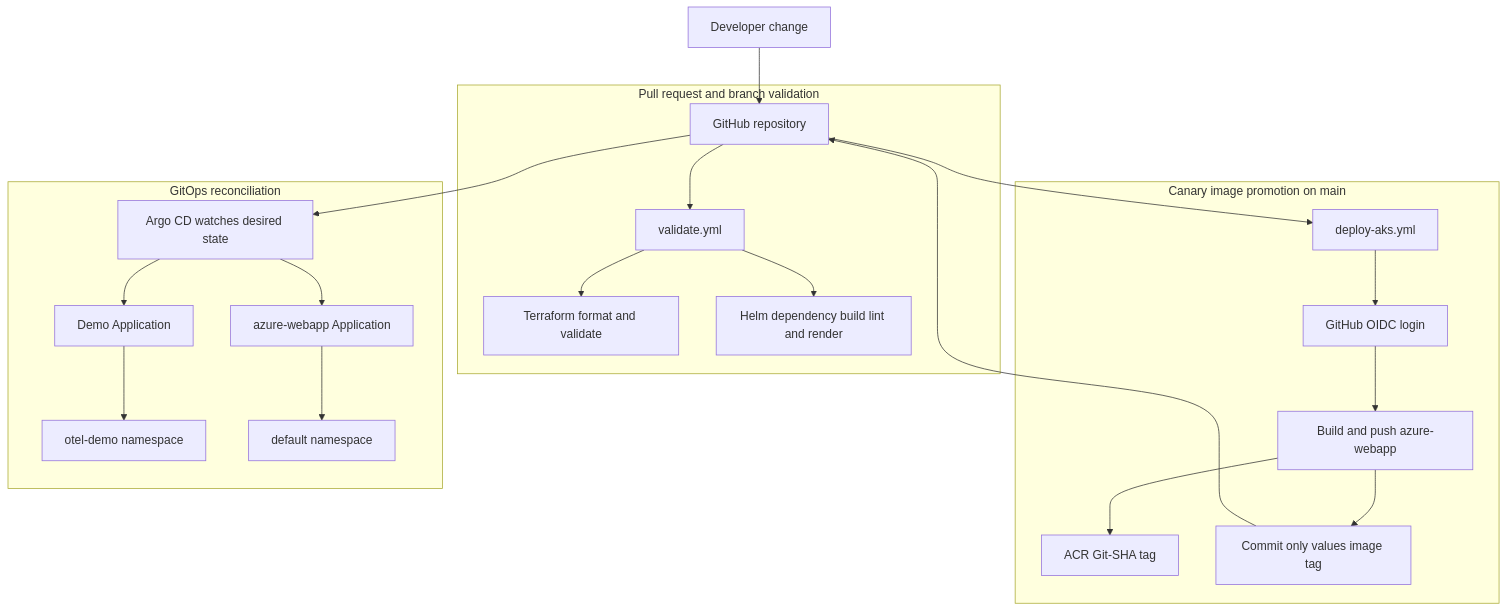
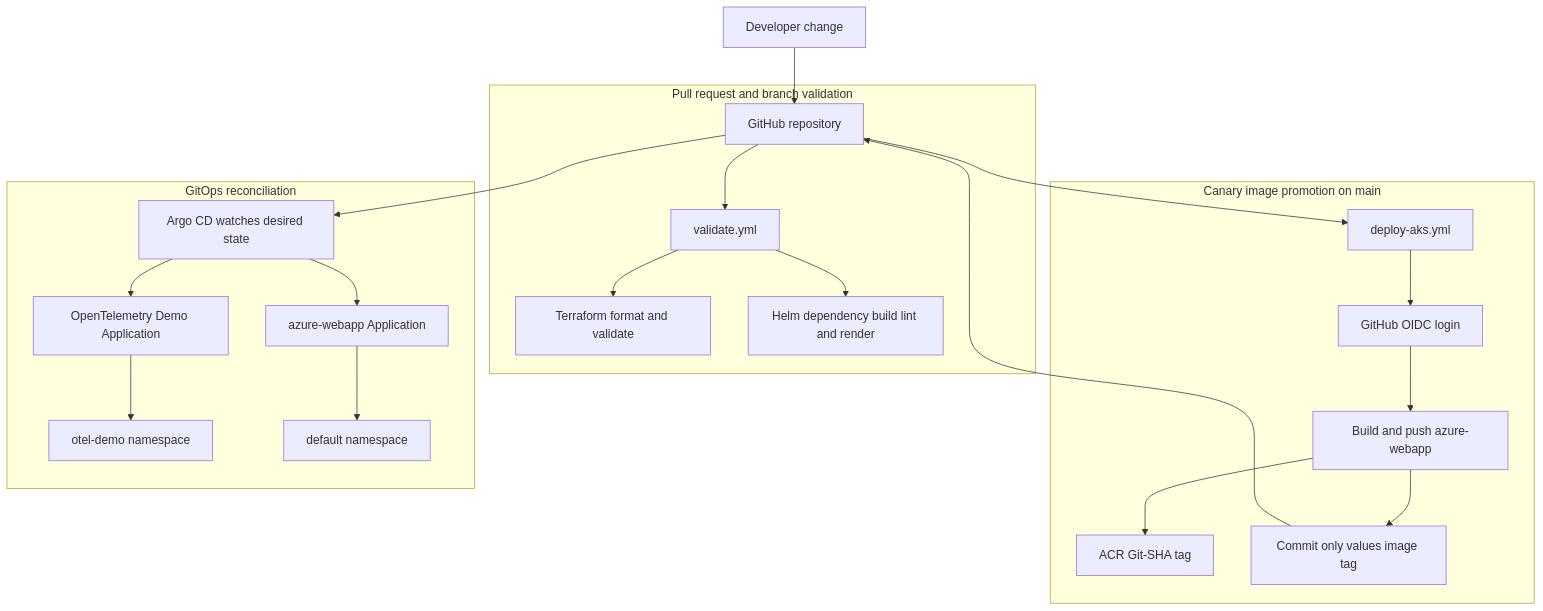
One commit to TheShivm/azure-aks-gitops-delivery changed the third of 8 diagrams in README.md. Above: the diagram before and after it, drawn with Mermaid. The commit also changed other lines of this file, not shown here.

```diff
--- a/README.md
+++ b/README.md
@@ -87,27 +164,27 @@
 ~~~mermaid
 flowchart TB
   Change[Developer change] --> GitHub[GitHub repository]
 
   subgraph ValidationPath["Pull request and branch validation"]
     GitHub --> Validate[validate.yml]
     Validate --> TFChecks[Terraform format and validate]
     Validate --> HelmChecks[Helm dependency build lint and render]
   end
 
   subgraph CanaryPath["Canary image promotion on main"]
     GitHub --> Deploy[deploy-aks.yml]
     Deploy --> GitHubOIDC[GitHub OIDC login]
     GitHubOIDC --> PushImage[Build and push azure-webapp]
     PushImage --> ACRFlow[ACR Git-SHA tag]
     PushImage --> ValuesCommit[Commit only values image tag]
     ValuesCommit --> GitHub
   end
 
   subgraph Reconciliation["GitOps reconciliation"]
     GitHub --> ArgoFlow[Argo CD watches desired state]
-    ArgoFlow --> DemoApp[Demo Application]
+    ArgoFlow --> DemoApp[OpenTelemetry Demo Application]
     ArgoFlow --> CanaryApp[azure-webapp Application]
     DemoApp --> DemoNS[otel-demo namespace]
     CanaryApp --> DefaultNS[default namespace]
   end
 ~~~
```
